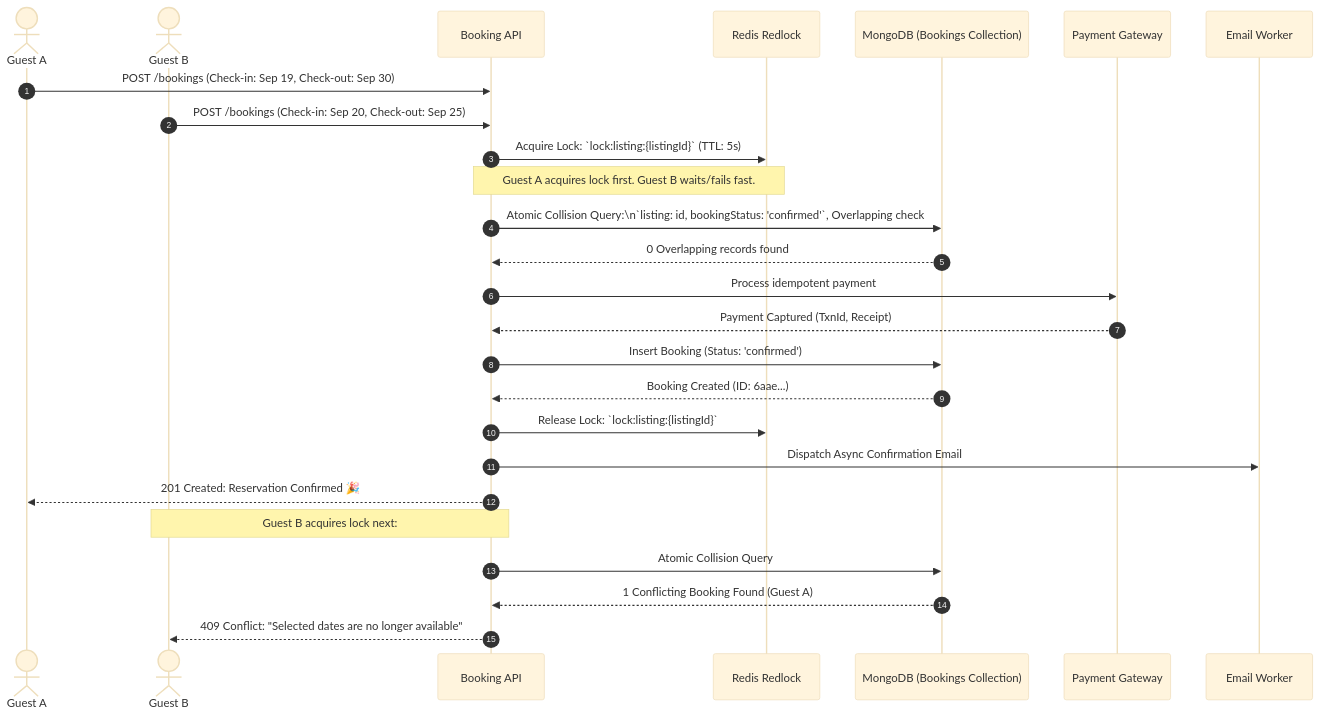
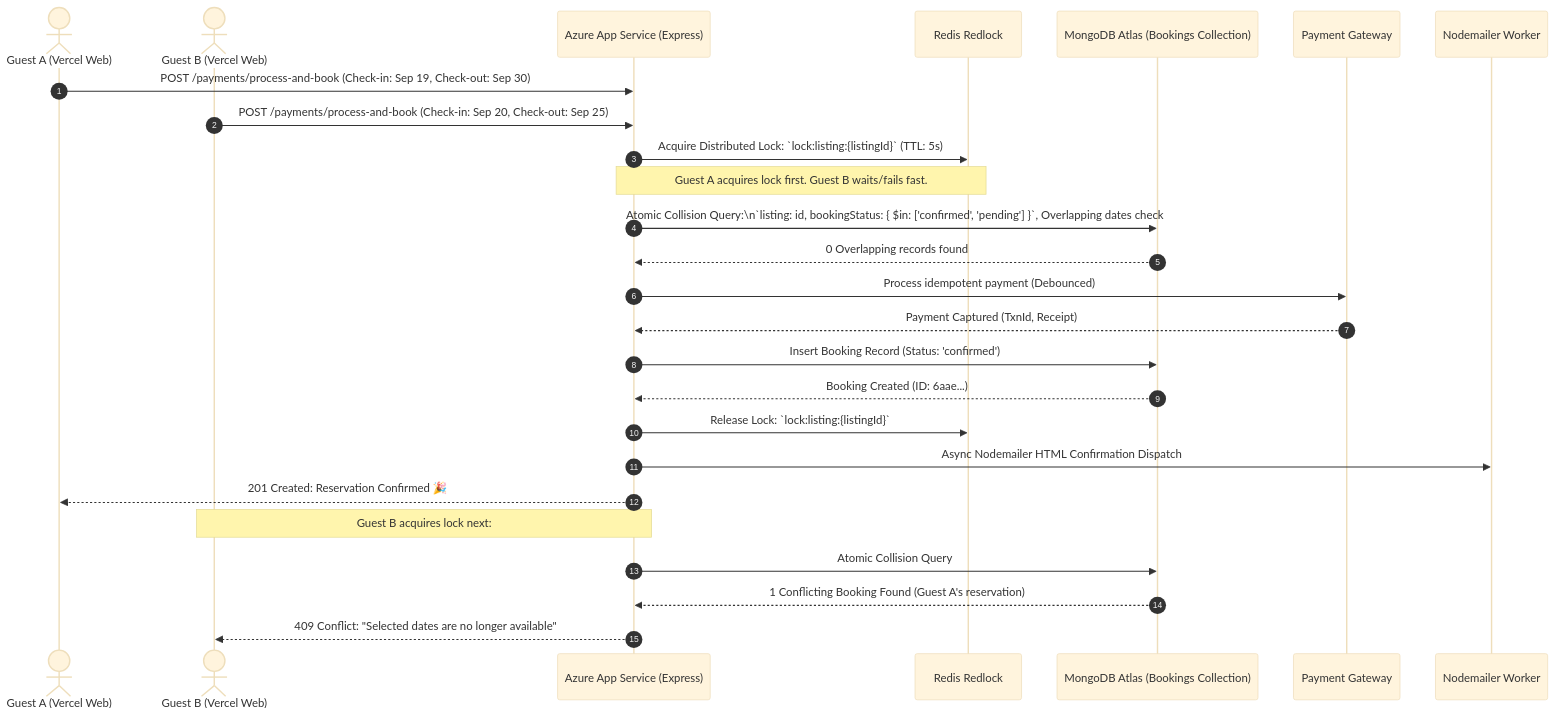
Before and after one commit to Sayan-dev731/airbnb: the second of 4 diagrams in SYSTEM_DESIGN.md, drawn with Mermaid (base theme). The commit also changed other lines of this file and 3 other files, not shown here.

````diff
--- a/SYSTEM_DESIGN.md
+++ b/SYSTEM_DESIGN.md
@@ -87,35 +113,35 @@
 ```mermaid
 sequenceDiagram
     autonumber
-    actor GuestA as Guest A
-    actor GuestB as Guest B
-    participant API as Booking API
+    actor GuestA as Guest A (Vercel Web)
+    actor GuestB as Guest B (Vercel Web)
+    participant API as Azure App Service (Express)
     participant Redis as Redis Redlock
-    participant DB as MongoDB (Bookings Collection)
+    participant DB as MongoDB Atlas (Bookings Collection)
     participant Payment as Payment Gateway
-    participant Mail as Email Worker
+    participant Mail as Nodemailer Worker
 
-    GuestA->>API: POST /bookings (Check-in: Sep 19, Check-out: Sep 30)
-    GuestB->>API: POST /bookings (Check-in: Sep 20, Check-out: Sep 25)
+    GuestA->>API: POST /payments/process-and-book (Check-in: Sep 19, Check-out: Sep 30)
+    GuestB->>API: POST /payments/process-and-book (Check-in: Sep 20, Check-out: Sep 25)
     
-    API->>Redis: Acquire Lock: `lock:listing:{listingId}` (TTL: 5s)
+    API->>Redis: Acquire Distributed Lock: `lock:listing:{listingId}` (TTL: 5s)
     Note over API,Redis: Guest A acquires lock first. Guest B waits/fails fast.
     
-    API->>DB: Atomic Collision Query:\n`listing: id, bookingStatus: 'confirmed'`, Overlapping check
+    API->>DB: Atomic Collision Query:\n`listing: id, bookingStatus: { $in: ['confirmed', 'pending'] }`, Overlapping dates check
     DB-->>API: 0 Overlapping records found
     
-    API->>Payment: Process idempotent payment
+    API->>Payment: Process idempotent payment (Debounced)
     Payment-->>API: Payment Captured (TxnId, Receipt)
     
-    API->>DB: Insert Booking (Status: 'confirmed')
+    API->>DB: Insert Booking Record (Status: 'confirmed')
     DB-->>API: Booking Created (ID: 6aae...)
     
     API->>Redis: Release Lock: `lock:listing:{listingId}`
-    API->>Mail: Dispatch Async Confirmation Email
+    API->>Mail: Async Nodemailer HTML Confirmation Dispatch
     API-->>GuestA: 201 Created: Reservation Confirmed 🎉
 
     Note over GuestB,API: Guest B acquires lock next:
     API->>DB: Atomic Collision Query
-    DB-->>API: 1 Conflicting Booking Found (Guest A)
+    DB-->>API: 1 Conflicting Booking Found (Guest A's reservation)
     API-->>GuestB: 409 Conflict: "Selected dates are no longer available"
 ```
````
